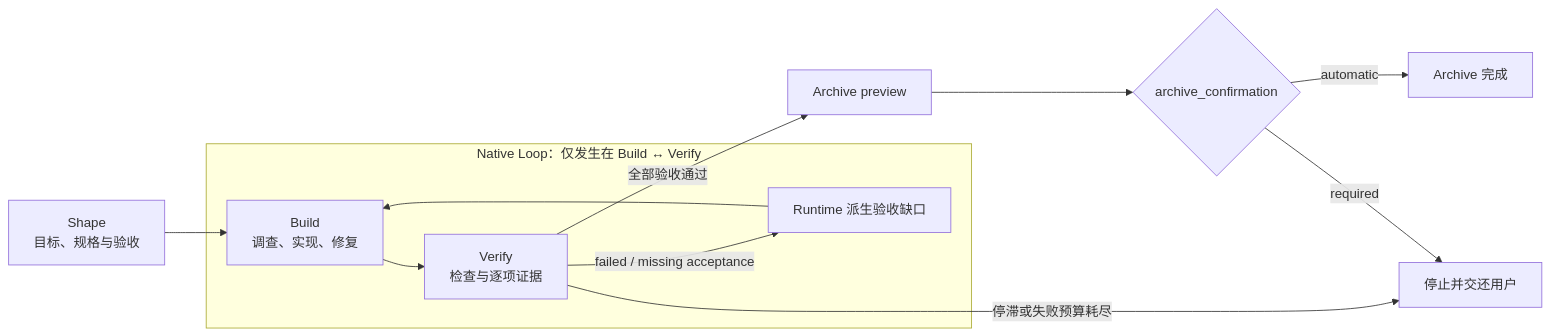
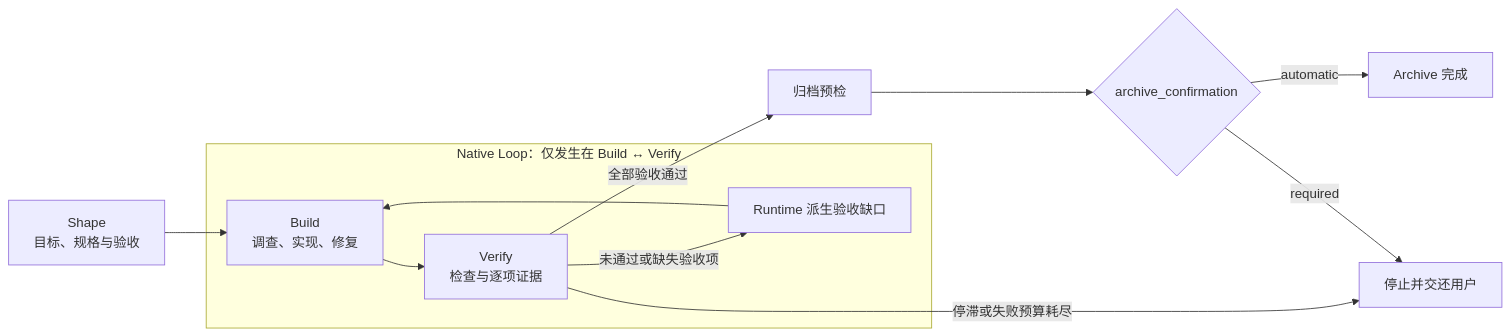
The first of 2 diagrams in zh/concepts/native-workflow.mdx (rpamis/comet-website-docs), drawn with Mermaid before and after one commit. The commit also changed other lines of this file and 14 other files, not shown here.

````diff
--- a/zh/concepts/native-workflow.mdx
+++ b/zh/concepts/native-workflow.mdx
@@ -16,16 +16,16 @@
 ```mermaid
 flowchart LR
   S["Shape<br/>目标、规格与验收"] --> B
 
   subgraph L["Native Loop：仅发生在 Build ↔ Verify"]
     B["Build<br/>调查、实现、修复"] --> V["Verify<br/>检查与逐项证据"]
-    V -->|"failed / missing acceptance"| G["Runtime 派生验收缺口"]
+    V -->|"未通过或缺失验收项"| G["Runtime 派生验收缺口"]
     G --> B
   end
 
-  V -->|"全部验收通过"| P["Archive preview"]
+  V -->|"全部验收通过"| P["归档预检"]
   V -->|"停滞或失败预算耗尽"| U["停止并交还用户"]
   P --> C{"archive_confirmation"}
   C -->|"automatic"| A["Archive 完成"]
   C -->|"required"| U
 ```
````
